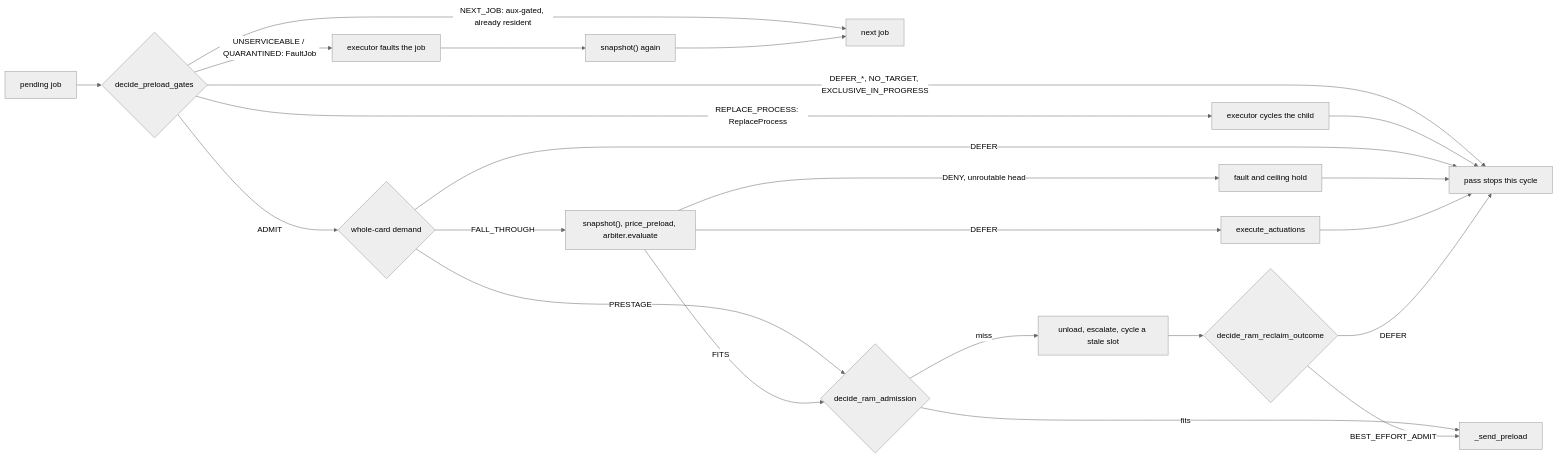
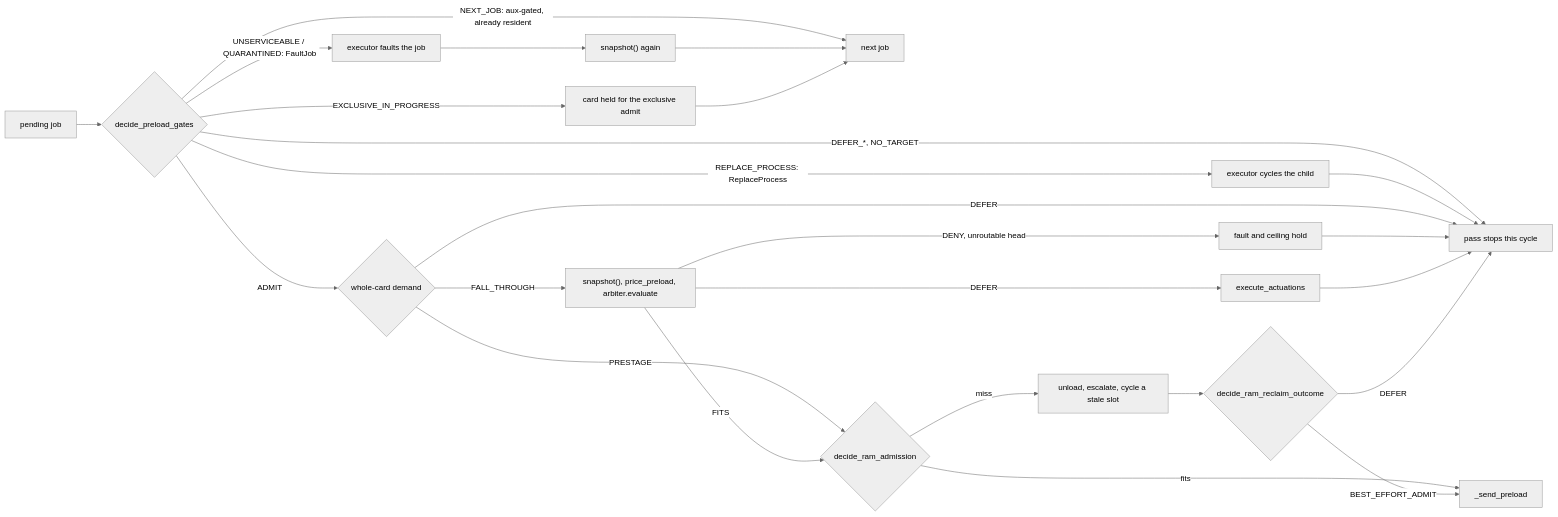
One commit to tazlin/horde-worker-reGen changed the second of 2 diagrams in docs/explanation/admission_pipeline.md. Above: the diagram before and after it, drawn with Mermaid (neutral theme). The commit also changed other lines of this file and 11 other files, not shown here.

````diff
--- a/docs/explanation/admission_pipeline.md
+++ b/docs/explanation/admission_pipeline.md
@@ -287,19 +295,20 @@
 ```mermaid
 flowchart LR
     job[pending job] --> gates{decide_preload_gates}
     gates -->|"NEXT_JOB: aux-gated, already resident"| next[next job]
     gates -->|"UNSERVICEABLE / QUARANTINED: FaultJob"| fault[executor faults the job] --> resnap["snapshot() again"] --> next
-    gates -->|"DEFER_*, NO_TARGET, EXCLUSIVE_IN_PROGRESS"| stop[pass stops this cycle]
+    gates -->|"DEFER_*, NO_TARGET"| stop[pass stops this cycle]
+    gates -->|EXCLUSIVE_IN_PROGRESS| held[card held for the exclusive admit] --> next
     gates -->|"REPLACE_PROCESS: ReplaceProcess"| cycle[executor cycles the child] --> stop
     gates -->|ADMIT| wc{whole-card demand}
     wc -->|PRESTAGE| ram
     wc -->|DEFER| stop
     wc -->|FALL_THROUGH| price["snapshot(), price_preload, arbiter.evaluate"]
     price -->|FITS| ram{decide_ram_admission}
     price -->|"DENY, unroutable head"| hold[fault and ceiling hold] --> stop
     price -->|DEFER| act[execute_actuations] --> stop
     ram -->|fits| send[_send_preload]
     ram -->|miss| reclaim[unload, escalate, cycle a stale slot] --> outcome{decide_ram_reclaim_outcome}
     outcome -->|DEFER| stop
     outcome -->|BEST_EFFORT_ADMIT| send
 ```
````
